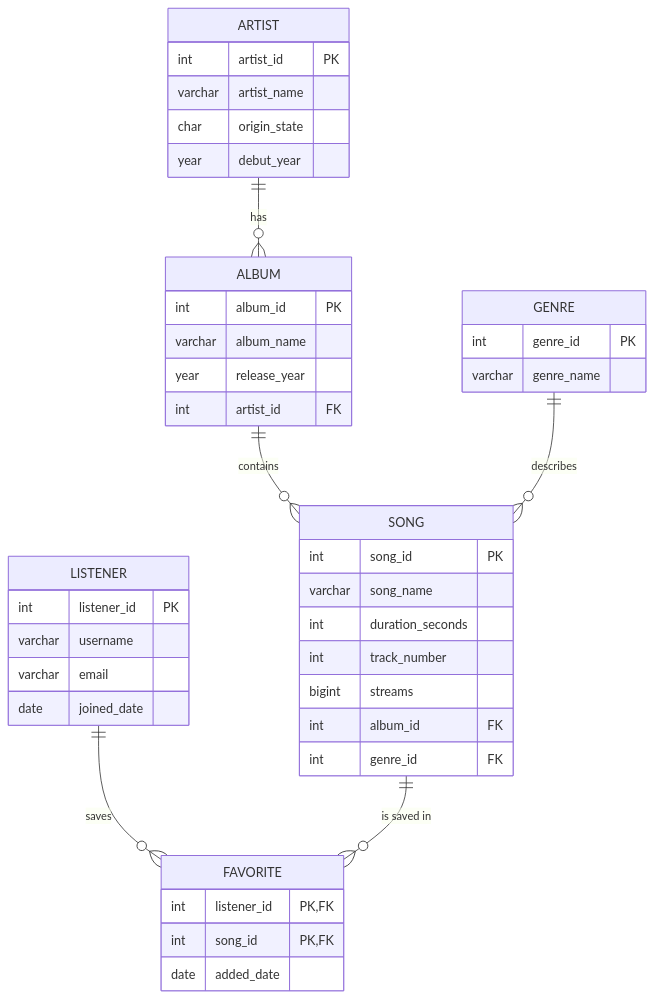
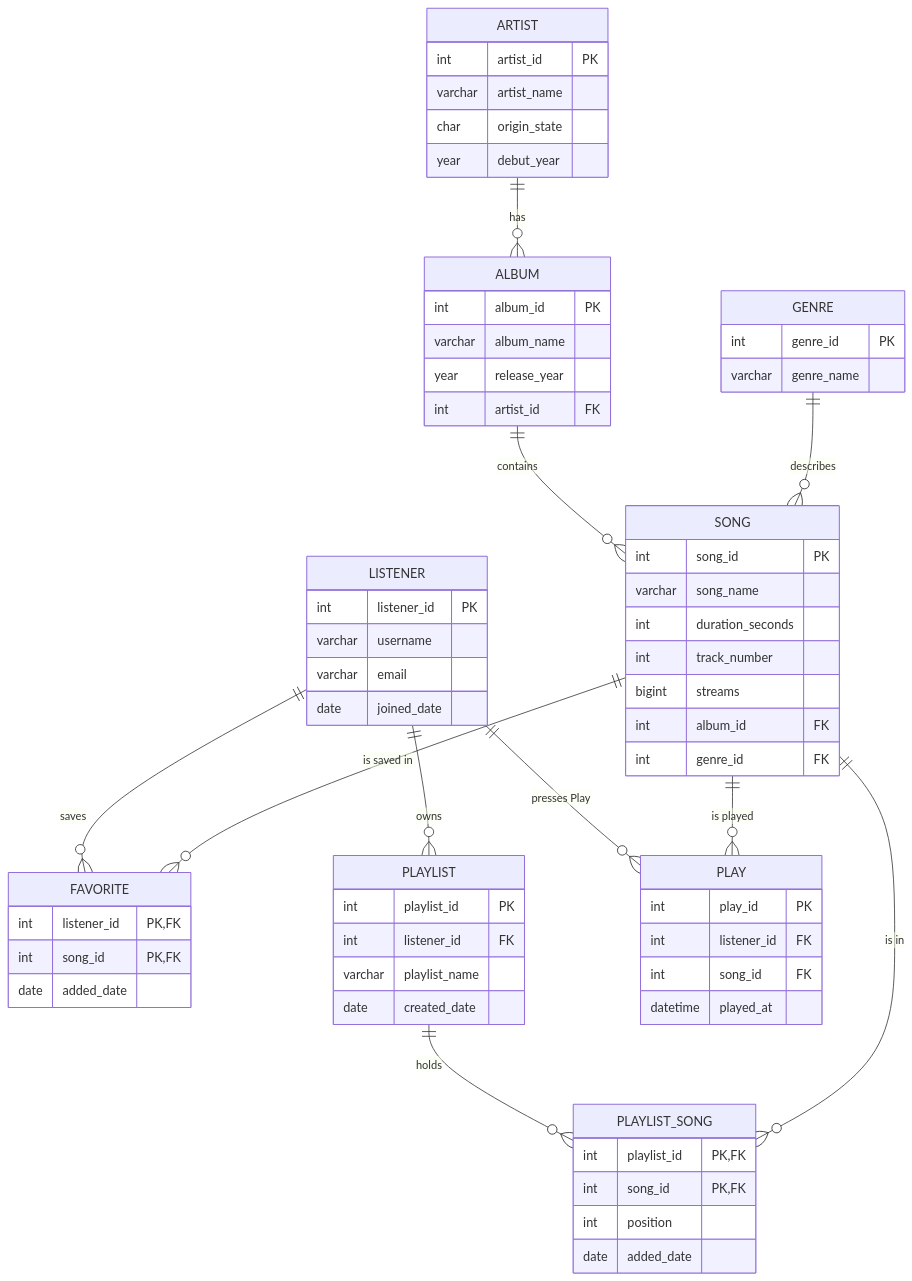
One commit to Hassansherafatmand/music_db changed the diagram in docs/design.md. Above: the diagram before and after it, drawn with Mermaid. The commit also changed other lines of this file and 12 other files, not shown here.

````diff
--- a/docs/design.md
+++ b/docs/design.md
@@ -48,45 +50,68 @@
 ```mermaid
 erDiagram
     ARTIST ||--o{ ALBUM : "has"
     ALBUM ||--o{ SONG : "contains"
     GENRE ||--o{ SONG : "describes"
     LISTENER ||--o{ FAVORITE : "saves"
     SONG ||--o{ FAVORITE : "is saved in"
+    LISTENER ||--o{ PLAYLIST : "owns"
+    PLAYLIST ||--o{ PLAYLIST_SONG : "holds"
+    SONG ||--o{ PLAYLIST_SONG : "is in"
+    LISTENER ||--o{ PLAY : "presses Play"
+    SONG ||--o{ PLAY : "is played"
 
     ARTIST {
         int artist_id PK
         varchar artist_name
         char origin_state
         year debut_year
     }
     ALBUM {
         int album_id PK
         varchar album_name
         year release_year
         int artist_id FK
     }
     GENRE {
         int genre_id PK
         varchar genre_name
     }
     SONG {
         int song_id PK
         varchar song_name
         int duration_seconds
         int track_number
         bigint streams
         int album_id FK
         int genre_id FK
     }
     LISTENER {
         int listener_id PK
         varchar username
         varchar email
         date joined_date
     }
     FAVORITE {
         int listener_id PK, FK
         int song_id PK, FK
         date added_date
     }
+    PLAYLIST {
+        int playlist_id PK
+        int listener_id FK
+        varchar playlist_name
+        date created_date
+    }
+    PLAYLIST_SONG {
+        int playlist_id PK, FK
+        int song_id PK, FK
+        int position
+        date added_date
+    }
+    PLAY {
+        int play_id PK
+        int listener_id FK
+        int song_id FK
+        datetime played_at
+    }
 ```
````
